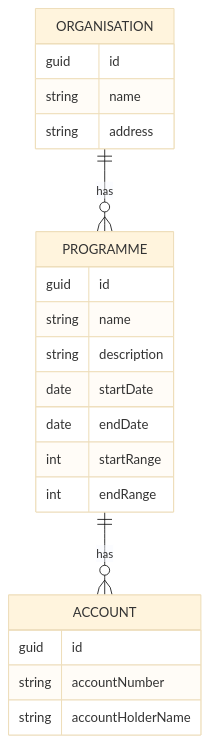
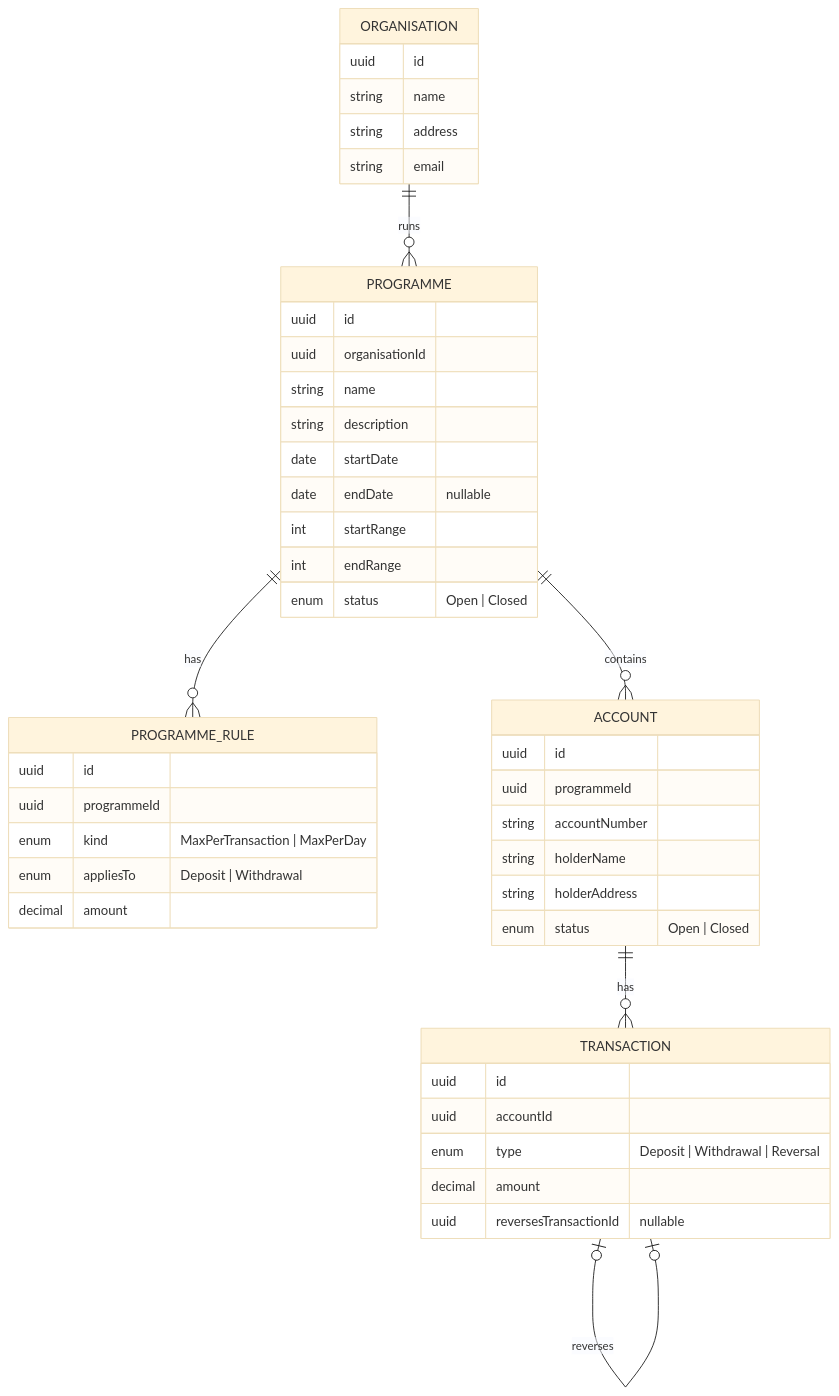
One commit to rubot99/demo-banking changed the diagram in README.md. Above: the diagram before and after it, drawn with Mermaid (base theme). The commit also changed other lines of this file and 20 other files, not shown here.

````diff
--- a/README.md
+++ b/README.md
@@ -7,27 +14,48 @@
 ```mermaid
-    erDiagram
-        ORGANISATION ||--o{ PROGRAMME : has
-        PROGRAMME||--o{ ACCOUNT : has
-        ACCOUNT
-        ORGANISATION {
-            guid id
-            string name
-            string address
+erDiagram
+    ORGANISATION ||--o{ PROGRAMME : runs
+    PROGRAMME ||--o{ PROGRAMME_RULE : has
+    PROGRAMME ||--o{ ACCOUNT : contains
+    ACCOUNT ||--o{ TRANSACTION : has
+    TRANSACTION |o--o| TRANSACTION : reverses
 
-        }
-        PROGRAMME {
-            guid id
-            string name
-            string description
-            date startDate
-            date endDate
-            int startRange
-            int endRange
-        }
-        ACCOUNT {
-            guid id
-            string accountNumber
-            string accountHolderName
-        }
-
+    ORGANISATION {
+        uuid id
+        string name
+        string address
+        string email
+    }
+    PROGRAMME {
+        uuid id
+        uuid organisationId
+        string name
+        string description
+        date startDate
+        date endDate "nullable"
+        int startRange
+        int endRange
+        enum status "Open | Closed"
+    }
+    PROGRAMME_RULE {
+        uuid id
+        uuid programmeId
+        enum kind "MaxPerTransaction | MaxPerDay"
+        enum appliesTo "Deposit | Withdrawal"
+        decimal amount
+    }
+    ACCOUNT {
+        uuid id
+        uuid programmeId
+        string accountNumber
+        string holderName
+        string holderAddress
+        enum status "Open | Closed"
+    }
+    TRANSACTION {
+        uuid id
+        uuid accountId
+        enum type "Deposit | Withdrawal | Reversal"
+        decimal amount
+        uuid reversesTransactionId "nullable"
+    }
 ```
````
